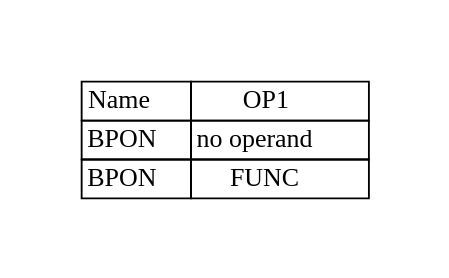
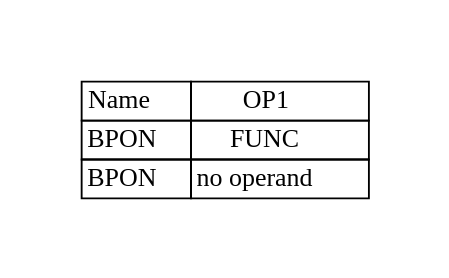
The diagram in docs/books/crexx_vm_spec/svg/bpon.gv (adesutherland/CREXX), drawn with Graphviz before and after one commit. The commit also changed other lines of this file and 167 other files, not shown here.

```diff
--- a/docs/books/crexx_vm_spec/svg/bpon.gv
+++ b/docs/books/crexx_vm_spec/svg/bpon.gv
@@ -1,10 +1,10 @@
 digraph{
 graph [pad="0.5", nodesep="0.5", ranksep="2" ]
 node [shape=plain]
 Foo [label=<
 <table border="0" cellborder="1" cellspacing="0">
 <tr><td> Name </td> <td> OP1 </td> </tr>
+<tr><td> BPON </td><td> FUNC </td> </tr>
 <tr><td> BPON </td><td> no operand </td> </tr>
-<tr><td> BPON </td><td> FUNC </td> </tr>
 </table>>];
 }
```
